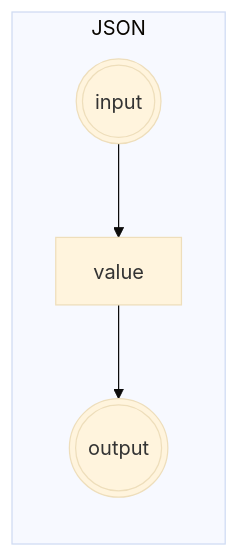
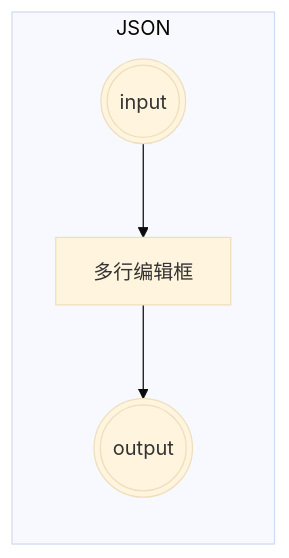
The third of 7 diagrams in docs/product/low-code-canvas.md (sisi0318/tool-website), drawn with Mermaid (base theme) before and after one commit. The commit also changed other lines of this file, not shown here.

````diff
--- a/docs/product/low-code-canvas.md
+++ b/docs/product/low-code-canvas.md
@@ -76,7 +78,7 @@
 ```mermaid
 graph LR
     subgraph JsonNode ["JSON"]
-        in((("input"))) --> value["value"]
+        in((("input"))) --> value["多行编辑框"]
         value --> out((("output")))
     end
 ```
````
